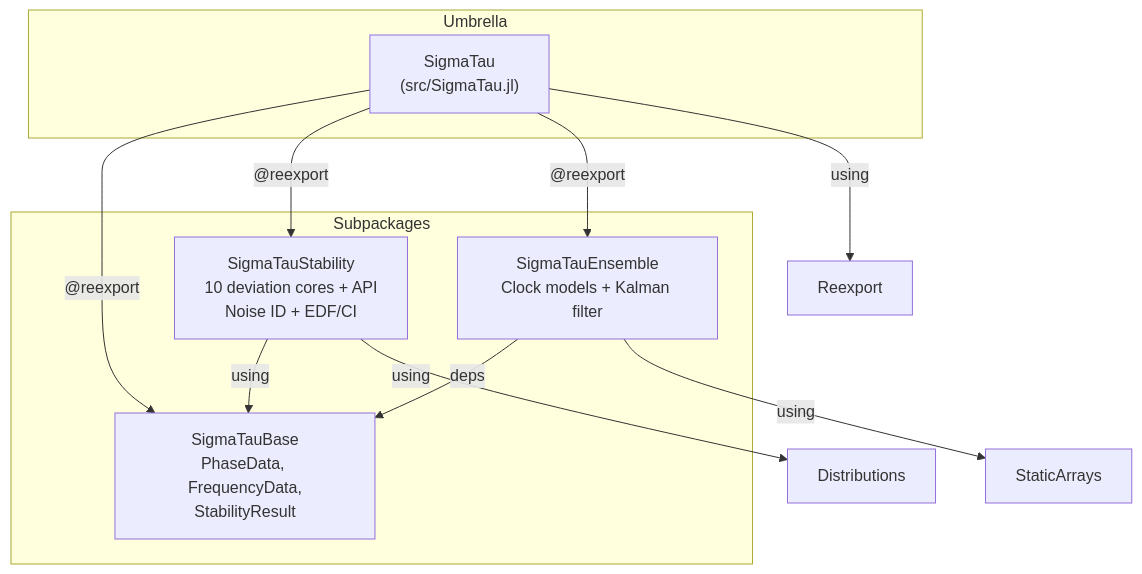
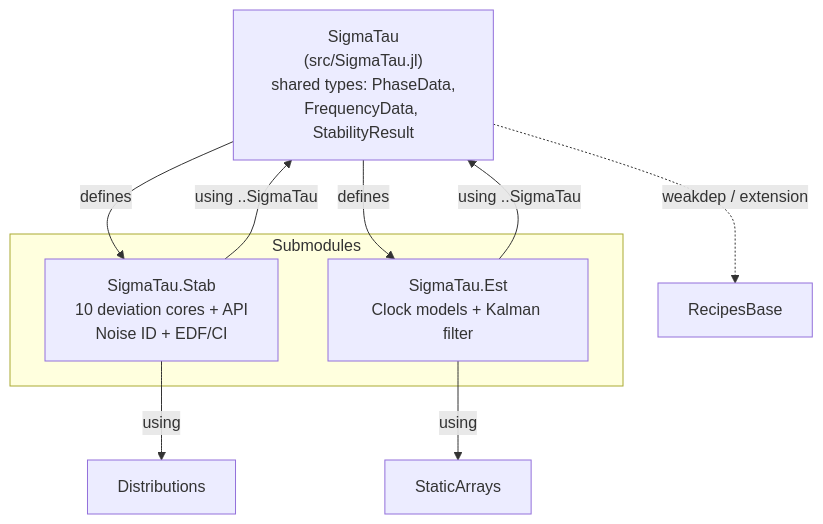
One commit to ianlap/SigmaTau.jl changed the diagram in project_overview.md. Above: the diagram before and after it, drawn with Mermaid. The commit also changed other lines of this file and 9 other files, not shown here.

````diff
--- a/project_overview.md
+++ b/project_overview.md
@@ -10,21 +18,17 @@
 ```mermaid
 graph TD
-    subgraph "Umbrella"
-        ST["SigmaTau<br/>(src/SigmaTau.jl)"]
+    ST["SigmaTau<br/>(src/SigmaTau.jl)<br/>shared types: PhaseData,<br/>FrequencyData, StabilityResult"]
+
+    subgraph "Submodules"
+        STAB["SigmaTau.Stab<br/>10 deviation cores + API<br/>Noise ID + EDF/CI"]
+        EST["SigmaTau.Est<br/>Clock models + Kalman filter"]
     end
 
-    subgraph "Subpackages"
-        STB["SigmaTauBase<br/>PhaseData, FrequencyData,<br/>StabilityResult"]
-        STS["SigmaTauStability<br/>10 deviation cores + API<br/>Noise ID + EDF/CI"]
-        STE["SigmaTauEnsemble<br/>Clock models + Kalman filter"]
-    end
-
-    ST -->|"@reexport"| STB
-    ST -->|"@reexport"| STS
-    ST -->|"@reexport"| STE
-    STS -->|"using"| STB
-    STE -->|"deps"| STB
-    STE -->|"using"| StaticArrays
-    STS -->|"using"| Distributions
-    ST -->|"using"| Reexport
+    ST -->|"defines"| STAB
+    ST -->|"defines"| EST
+    STAB -->|"using ..SigmaTau"| ST
+    EST -->|"using ..SigmaTau"| ST
+    STAB -->|"using"| Distributions
+    EST -->|"using"| StaticArrays
+    ST -.->|"weakdep / extension"| RecipesBase
 ```
````
